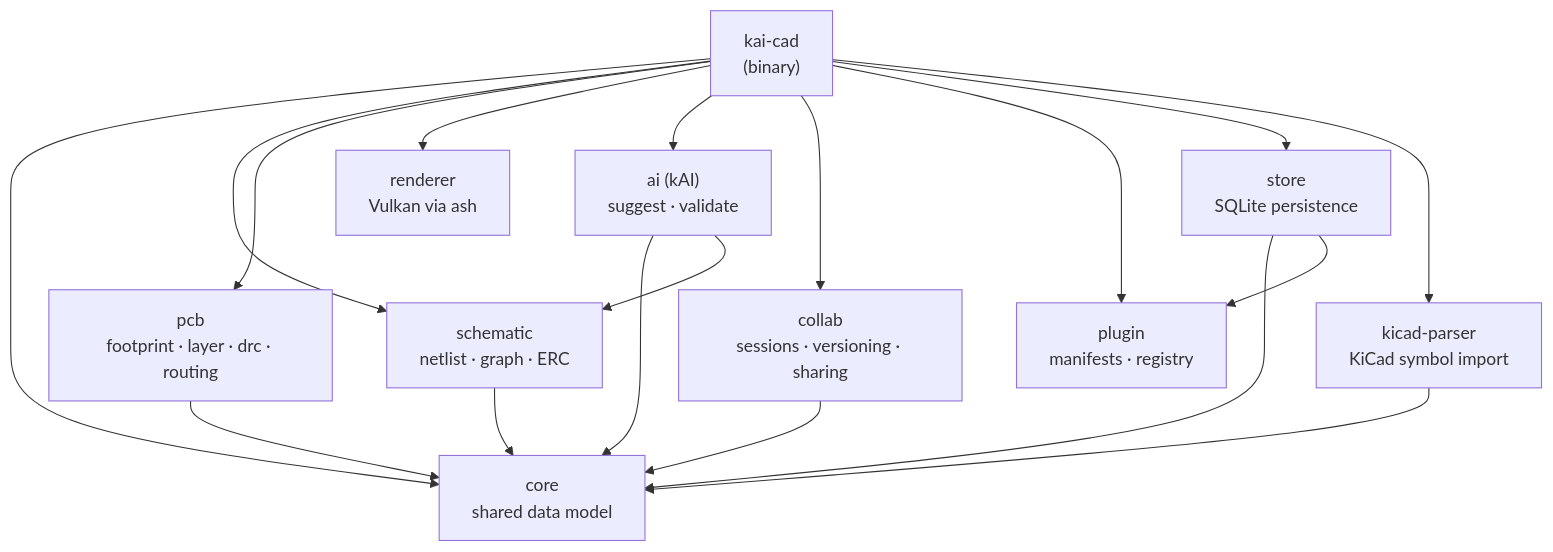
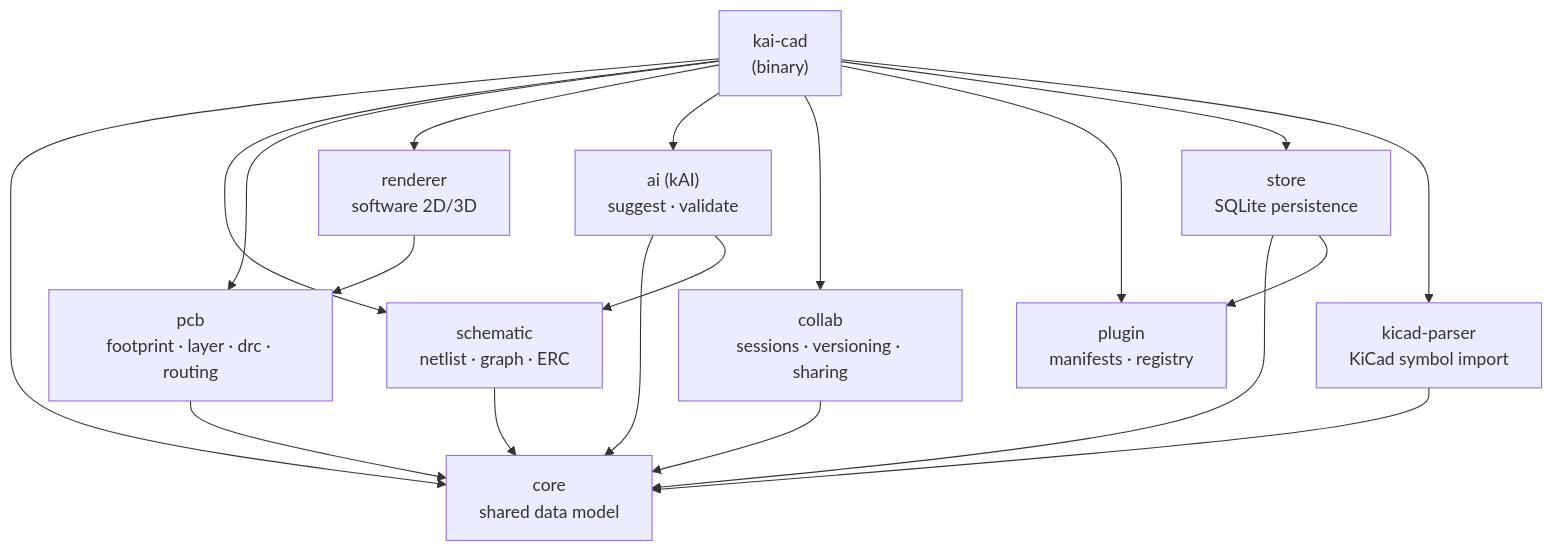
One commit to sneakylizard123-4/KaiCad changed the first of 3 diagrams in docs/ARCHITECTURE.md. Above: the diagram before and after it, drawn with Mermaid. The commit also changed other lines of this file and 19 other files, not shown here.

````diff
--- a/docs/ARCHITECTURE.md
+++ b/docs/ARCHITECTURE.md
@@ -24,32 +28,33 @@
 ```mermaid
 graph TD
     app["kai-cad<br/>(binary)"]
     core["core<br/>shared data model"]
     schematic["schematic<br/>netlist · graph · ERC"]
     pcb["pcb<br/>footprint · layer · drc · routing"]
-    renderer["renderer<br/>Vulkan via ash"]
+    renderer["renderer<br/>software 2D/3D"]
     ai["ai (kAI)<br/>suggest · validate"]
     collab["collab<br/>sessions · versioning · sharing"]
     plugin["plugin<br/>manifests · registry"]
     store["store<br/>SQLite persistence"]
     kicad_parser["kicad-parser<br/>KiCad symbol import"]
 
     app --> core
     app --> schematic
     app --> pcb
     app --> renderer
     app --> ai
     app --> collab
     app --> plugin
     app --> store
     app --> kicad_parser
 
     kicad_parser --> core
     schematic --> core
     pcb --> core
+    renderer --> pcb
     ai --> core
     ai --> schematic
     collab --> core
     store --> core
     store --> plugin
 ```
````
